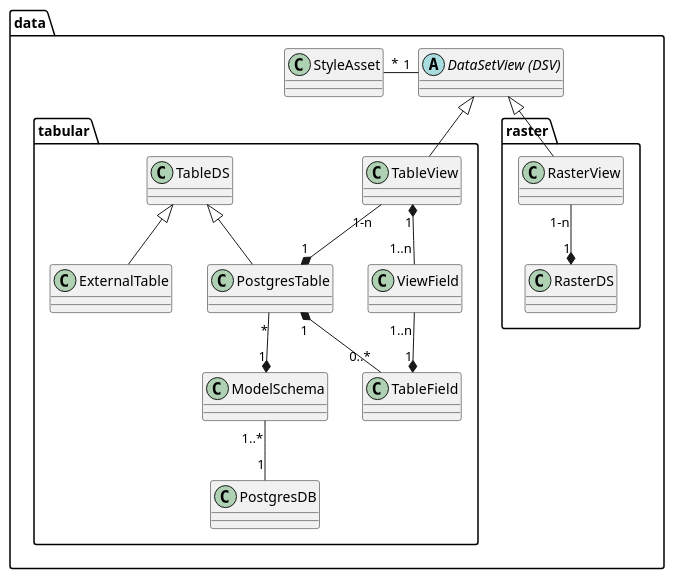
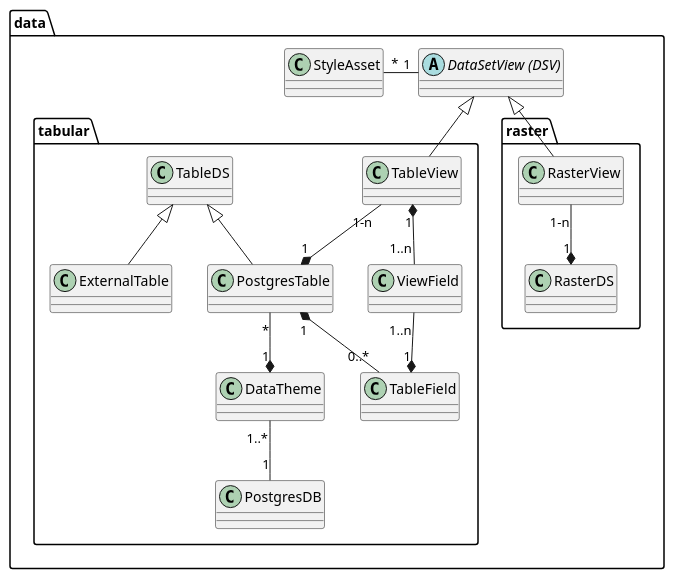
One commit to sogis/simi changed the diagram in code/doc/puml/src/data.puml. Above: the diagram before and after it, drawn with PlantUML. The commit also changed 38 other files, not shown here.

Commit message:
schemareader integr

```diff
--- a/code/doc/puml/src/data.puml
+++ b/code/doc/puml/src/data.puml
@@ -1,43 +1,43 @@
 @startuml
 package data {
 
 	abstract class "DataSetView (DSV)" as dsv
     class "StyleAsset" as sta
 
     package tabular {
         class "TableView" as tv
         class "TableDS" as tds
         class "PostgresTable" as pt
         class "ExternalTable" as et
         class "PostgresDB" as pdb
         class "TableField" as tf
         class "ViewField" as vf
-        class "ModelSchema" as ms
+        class "DataTheme" as dt
 
         tds <|-- pt
         tds <|-- et
 
         tv "1-n" --* "1" pt
 
-        pt "*" --* "1" ms
+        pt "*" --* "1" dt
         pt "1" *-- "0..*" tf
 
         tv "1" *-- "1..n" vf
         vf "1..n" --* "1" tf
 
-        ms "1..*" -- "1" pdb
+        dt "1..*" -- "1" pdb
     }
 
     package "raster"{
         class "RasterView" as rv
         class "RasterDS" as rds
 
         rv "1-n" --* "1" rds
     }
 
     dsv <|-- tv
     dsv <|-- rv
 
     dsv "1" -left- "*" sta
 }
 @enduml
```
